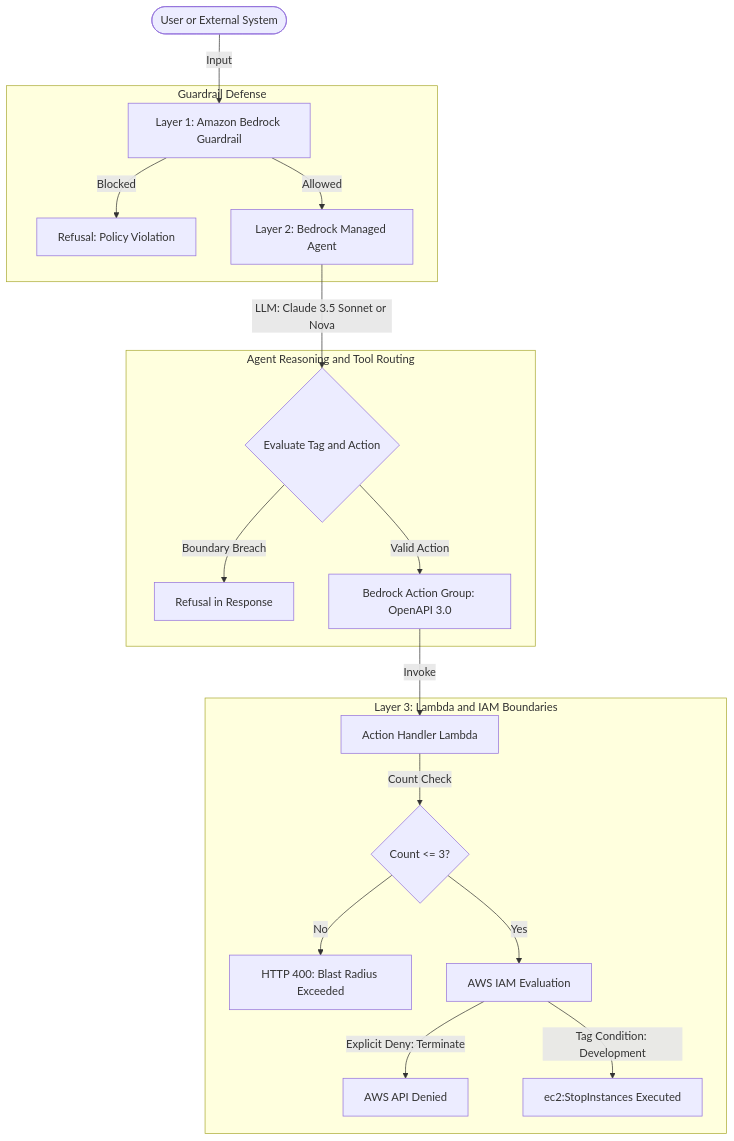
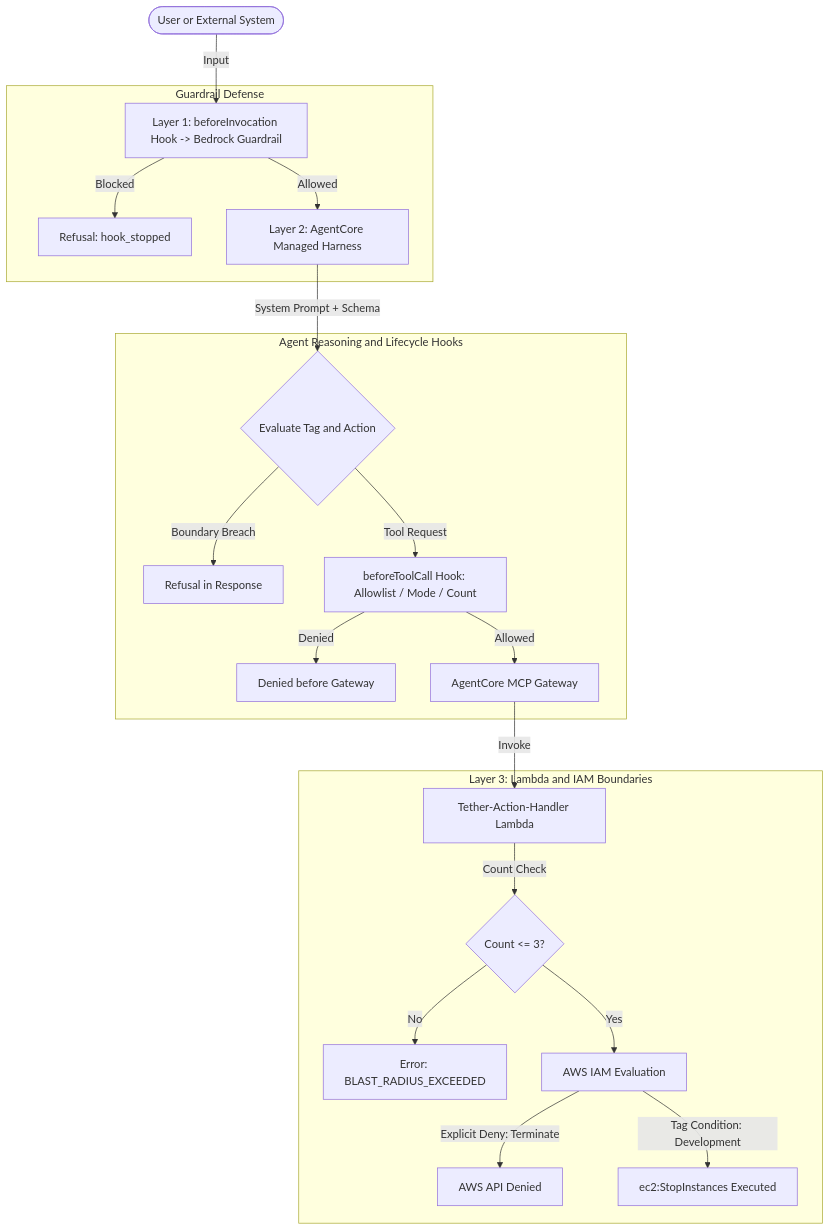
One commit to primegideon/bedrock-finops-janitor changed the diagram in architecture/layered-defense-spec.md. Above: the diagram before and after it, drawn with Mermaid. The commit also changed other lines of this file and 17 other files, not shown here.

Commit message:
feat: deploy Tether on Bedrock AgentCore Managed Harness and finalize submission docs (#5)

````diff
--- a/architecture/layered-defense-spec.md
+++ b/architecture/layered-defense-spec.md
@@ -12,24 +12,26 @@
 ```mermaid
 flowchart TD
-    User([User or External System]) -->|Input| BG[Layer 1: Amazon Bedrock Guardrail]
+    User([User or External System]) -->|Input| L1Hook[Layer 1: beforeInvocation Hook -> Bedrock Guardrail]
     
     subgraph Guardrail_Checks [Guardrail Defense]
-        BG -->|Blocked| BlockResponse[Refusal: Policy Violation]
-        BG -->|Allowed| BMA[Layer 2: Bedrock Managed Agent]
+        L1Hook -->|Blocked| BlockResponse[Refusal: hook_stopped]
+        L1Hook -->|Allowed| Harness[Layer 2: AgentCore Managed Harness]
     end
 
-    subgraph Agent_Core [Agent Reasoning and Tool Routing]
-        BMA -->|LLM: Claude 3.5 Sonnet or Nova| Reasoning{Evaluate Tag and Action}
+    subgraph Agent_Core [Agent Reasoning and Lifecycle Hooks]
+        Harness -->|System Prompt + Schema| Reasoning{Evaluate Tag and Action}
         Reasoning -->|Boundary Breach| AgentRefusal[Refusal in Response]
-        Reasoning -->|Valid Action| AG[Bedrock Action Group: OpenAPI 3.0]
+        Reasoning -->|Tool Request| ToolHook[beforeToolCall Hook: Allowlist / Mode / Count]
+        ToolHook -->|Denied| HookDeny[Denied before Gateway]
+        ToolHook -->|Allowed| GW[AgentCore MCP Gateway]
     end
 
     subgraph Physical_AWS_Layer [Layer 3: Lambda and IAM Boundaries]
-        AG -->|Invoke| Lambda[Action Handler Lambda]
+        GW -->|Invoke| Lambda[Tether-Action-Handler Lambda]
         Lambda -->|Count Check| RadiusCheck{Count <= 3?}
-        RadiusCheck -->|No| Reject400[HTTP 400: Blast Radius Exceeded]
+        RadiusCheck -->|No| Reject400[Error: BLAST_RADIUS_EXCEEDED]
         RadiusCheck -->|Yes| IAMCheck[AWS IAM Evaluation]
         IAMCheck -->|Explicit Deny: Terminate| AWSDeny[AWS API Denied]
         IAMCheck -->|Tag Condition: Development| AWSOK[ec2:StopInstances Executed]
     end
 ```
````
